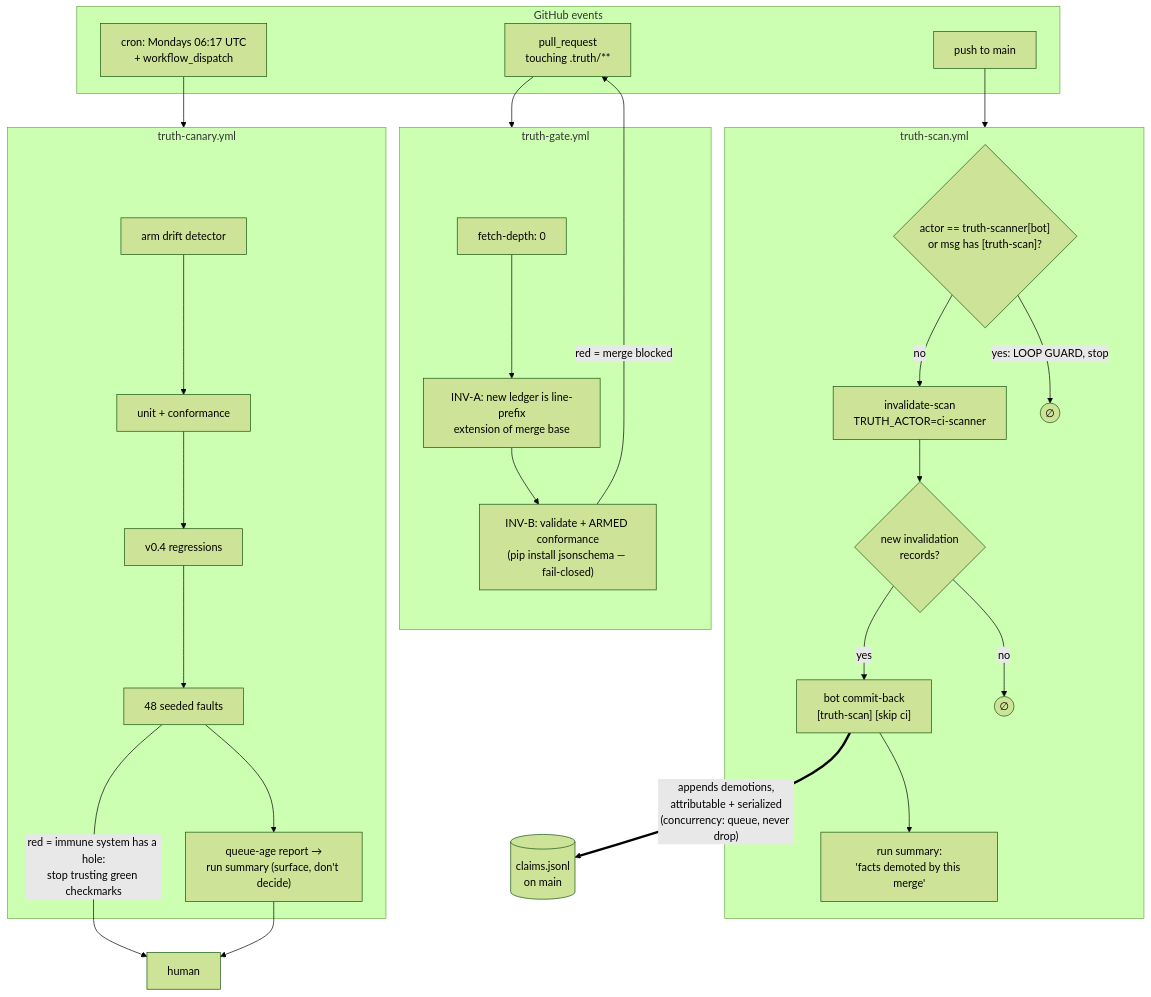
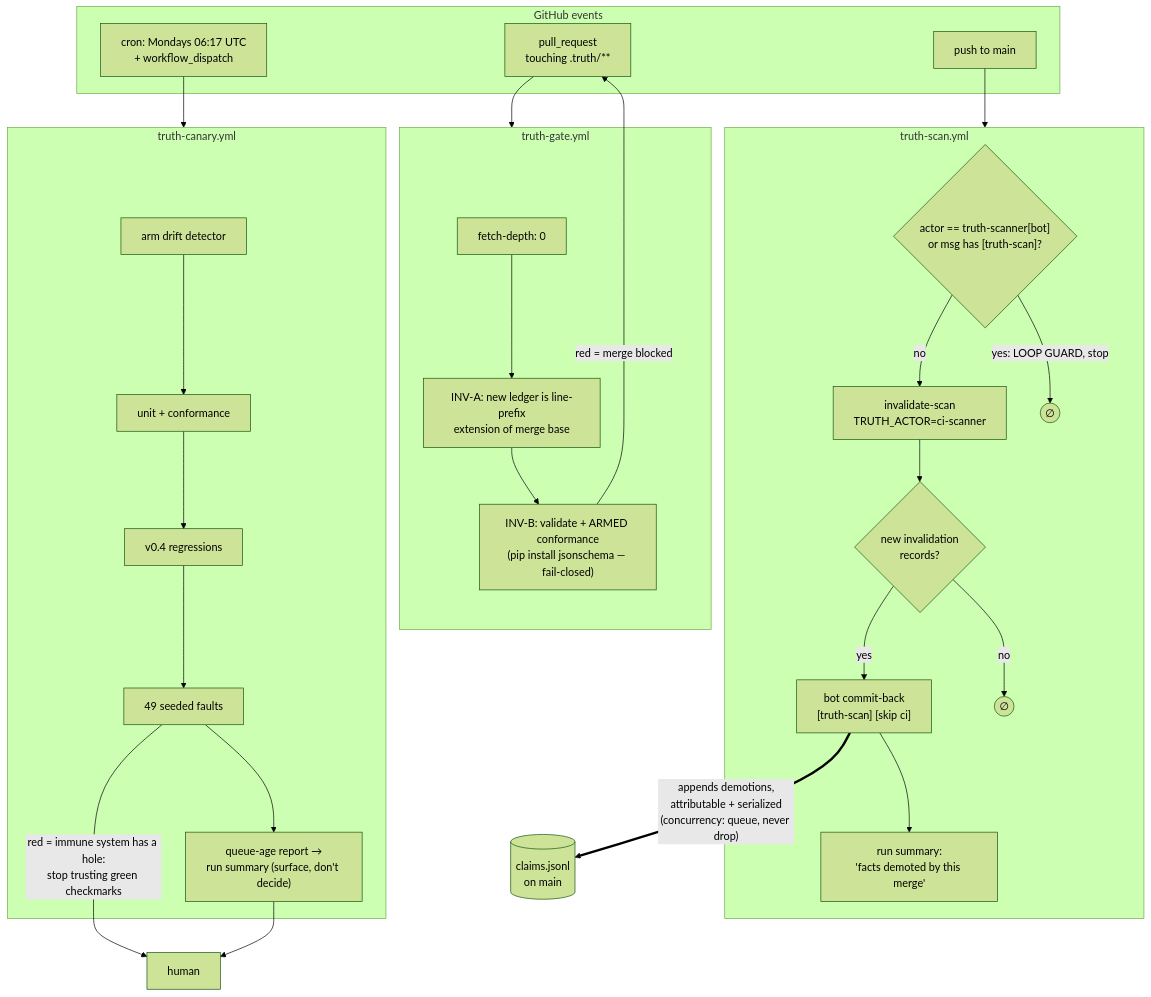
The third of 4 diagrams in docs/truth-ledger-operations-guide.md (m1981/truth-ledger), drawn with Mermaid (forest theme) before and after one commit. The commit also changed other lines of this file and 5 other files, not shown here.

````diff
--- a/docs/truth-ledger-operations-guide.md
+++ b/docs/truth-ledger-operations-guide.md
@@ -183,46 +183,46 @@
 ```mermaid
 flowchart TB
     subgraph events["GitHub events"]
         PR["pull_request<br/>touching .truth/**"]
         PUSH["push to main"]
         SCHED["cron: Mondays 06:17 UTC<br/>+ workflow_dispatch"]
     end
 
     subgraph gate["truth-gate.yml"]
         G1["fetch-depth: 0"]
         G2["INV-A: new ledger is line-prefix<br/>extension of merge base"]
         G3["INV-B: validate + ARMED conformance<br/>(pip install jsonschema — fail-closed)"]
         G1 --> G2 --> G3
     end
 
     subgraph scan["truth-scan.yml"]
         S0{"actor == truth-scanner[bot]<br/>or msg has [truth-scan]?"}
         S1["invalidate-scan<br/>TRUTH_ACTOR=ci-scanner"]
         S2{"new invalidation<br/>records?"}
         S3["bot commit-back<br/>[truth-scan] [skip ci]"]
         S4["run summary:<br/>'facts demoted by this merge'"]
         S0 -- "yes: LOOP GUARD, stop" --> X1(("∅"))
         S0 -- no --> S1 --> S2
         S2 -- yes --> S3 --> S4
         S2 -- no --> X2(("∅"))
     end
 
     subgraph canary["truth-canary.yml"]
         C1["arm drift detector"]
         C2["unit + conformance"]
         C3["v0.4 regressions"]
-        C4["48 seeded faults"]
+        C4["49 seeded faults"]
         C5["queue-age report →<br/>run summary (surface, don't decide)"]
         C1 --> C2 --> C3 --> C4 --> C5
     end
 
     L[("claims.jsonl<br/>on main")]
 
     PR --> gate
     PUSH --> scan
     SCHED --> canary
     G3 -- "red = merge blocked" --> PR
     S3 ==>|"appends demotions,<br/>attributable + serialized<br/>(concurrency: queue, never drop)"| L
     C4 -- "red = immune system has a hole:<br/>stop trusting green checkmarks" --> HU2["human"]
     C5 --> HU2
 ```
````
